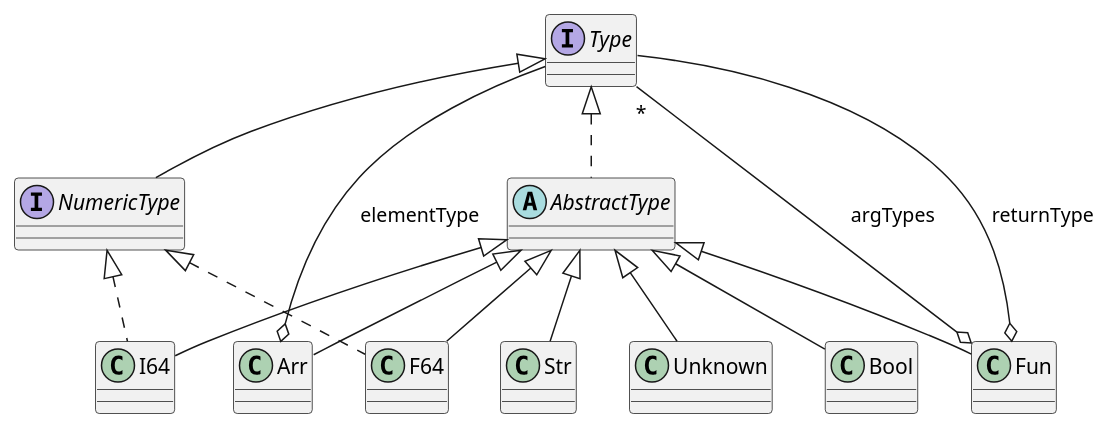
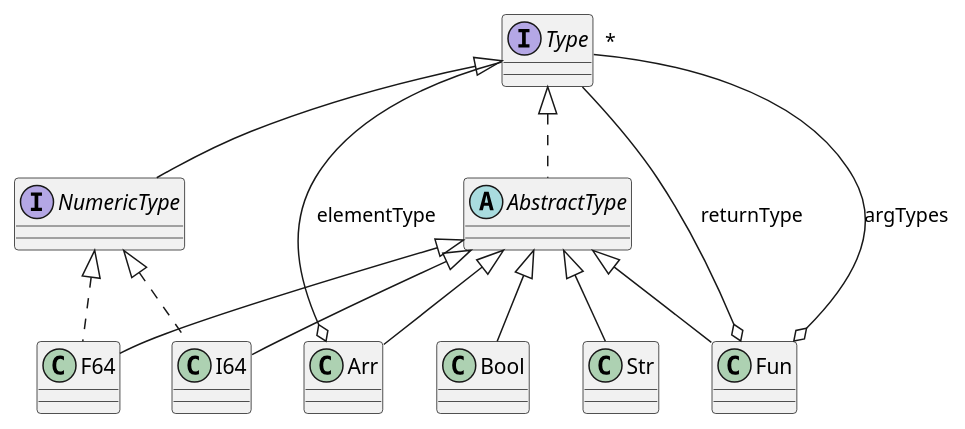
Before and after one commit to dykstrom/jcc: the diagram in docs/diagrams/Types.puml, drawn with PlantUML. The commit also changed 55 other files, not shown here.

Commit message:
Function val returns a float. Floats can be assigned to integer variables. Removed type Unknown.

```diff
--- a/docs/diagrams/Types.puml
+++ b/docs/diagrams/Types.puml
@@ -1,35 +1,33 @@
 @startuml
 
 interface Type
 interface NumericType
 
 abstract class AbstractType
 
 class Arr
 class Bool
 class F64
 class Fun
 class I64
 class Str
-class Unknown
 
 Type <|-- NumericType
 Type <|.. AbstractType
 
 NumericType <|.. F64
 NumericType <|.. I64
 
 AbstractType <|-- Arr
 AbstractType <|-- Bool
 AbstractType <|-- F64
 AbstractType <|-- Fun
 AbstractType <|-- I64
 AbstractType <|-- Str
-AbstractType <|-- Unknown
 
 Arr o-- Type : elementType
 
 Fun o-- "*" Type : argTypes
 Fun o-- Type : returnType
 
 @enduml
```
